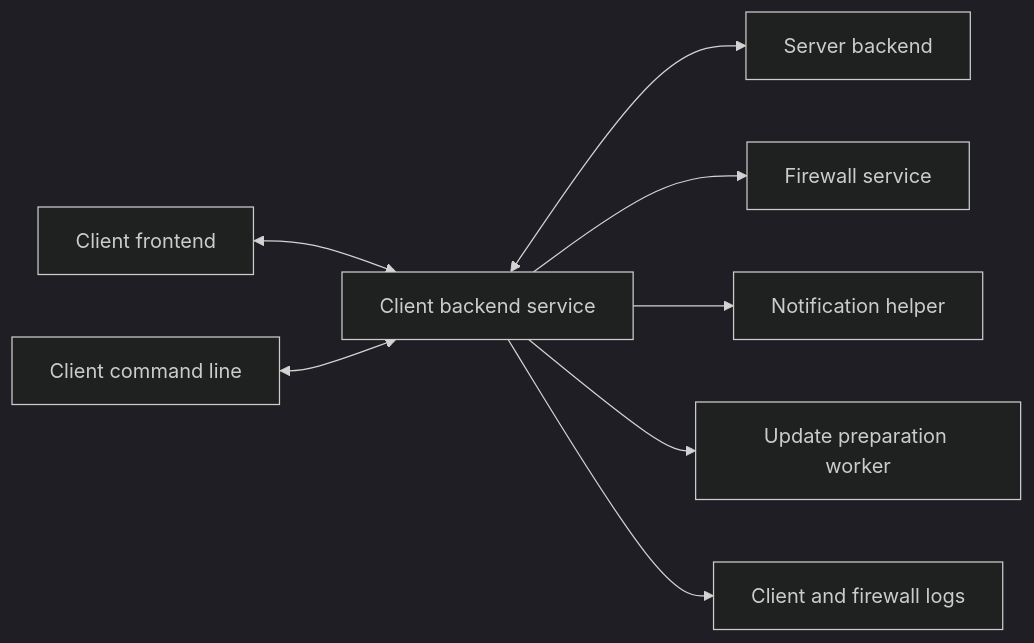
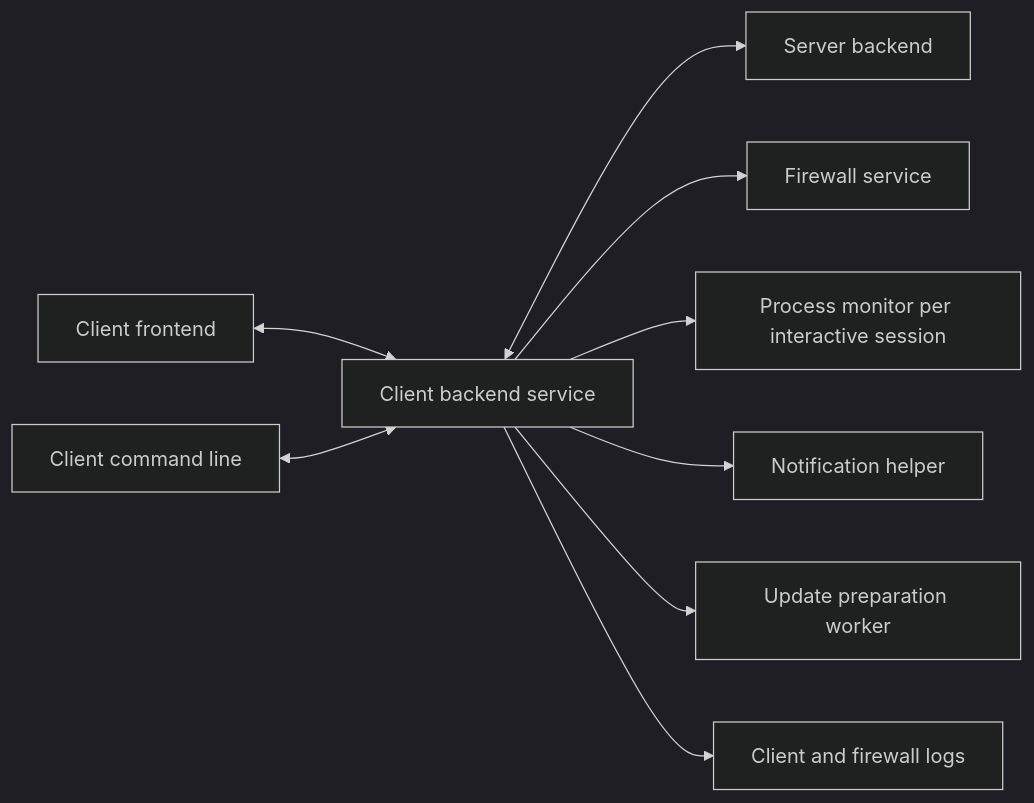
The diagram in docs/CLIENT-BACKEND.md (abaxoth0/BigBrother), drawn with Mermaid (dark theme) before and after one commit. The commit also changed other lines of this file and 43 other files, not shown here.

```diff
--- a/docs/CLIENT-BACKEND.md
+++ b/docs/CLIENT-BACKEND.md
@@ -7,10 +7,11 @@
 ~~~mermaid
 flowchart LR
     GUI[Client frontend] <--> Hub[Client backend service]
     CLI[Client command line] <--> Hub
     Hub <--> Server[Server backend]
     Hub --> Firewall[Firewall service]
+    Hub --> Monitor[Process monitor per interactive session]
     Hub --> Notifications[Notification helper]
     Hub --> Updates[Update preparation worker]
     Hub --> Logs[Client and firewall logs]
 ~~~
```
